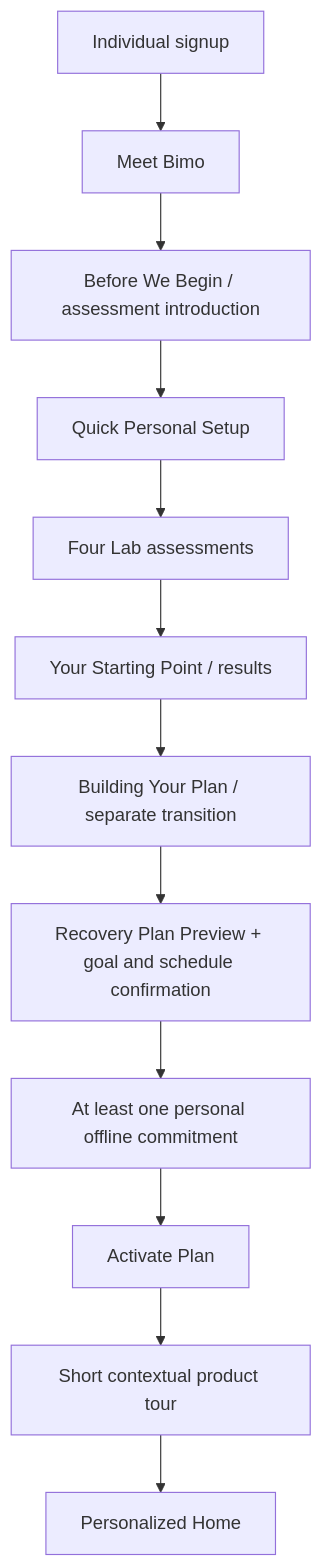
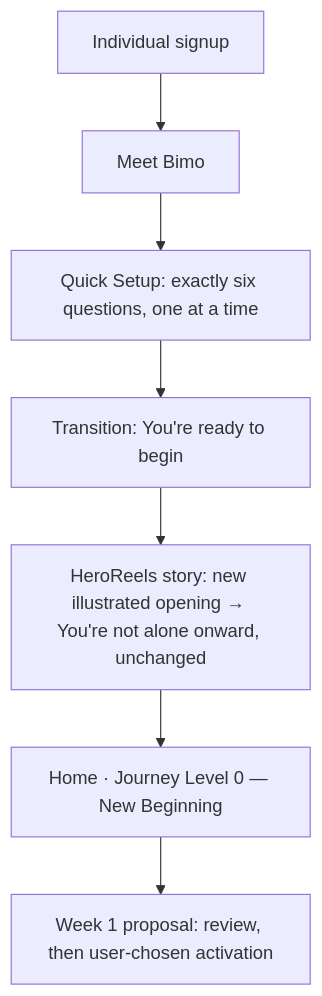
One commit to ahmadfa100/DeepSprout changed the diagram in DeepSprout.md. Above: the diagram before and after it, drawn with Mermaid. The commit also changed other lines of this file and 135 other files, not shown here.

First line of the commit message:
Onboarding 2.0, new illustrated HeroReels opening, smoother scroll motion

````diff
--- a/DeepSprout.md
+++ b/DeepSprout.md
@@ -200,14 +201,9 @@
 ```mermaid
 flowchart TD
   A[Individual signup] --> B[Meet Bimo]
-  B --> C[Before We Begin / assessment introduction]
-  C --> D[Quick Personal Setup]
-  D --> E[Four Lab assessments]
-  E --> F[Your Starting Point / results]
-  F --> G[Building Your Plan / separate transition]
-  G --> H[Recovery Plan Preview + goal and schedule confirmation]
-  H --> I[At least one personal offline commitment]
-  I --> J[Activate Plan]
-  J --> K[Short contextual product tour]
-  K --> L[Personalized Home]
+  B --> C[Quick Setup: exactly six questions, one at a time]
+  C --> D[Transition: You're ready to begin]
+  D --> E[HeroReels story: new illustrated opening → You're not alone onward, unchanged]
+  E --> F[Home · Journey Level 0 — New Beginning]
+  F --> G[Week 1 proposal: review, then user-chosen activation]
 ```
````
